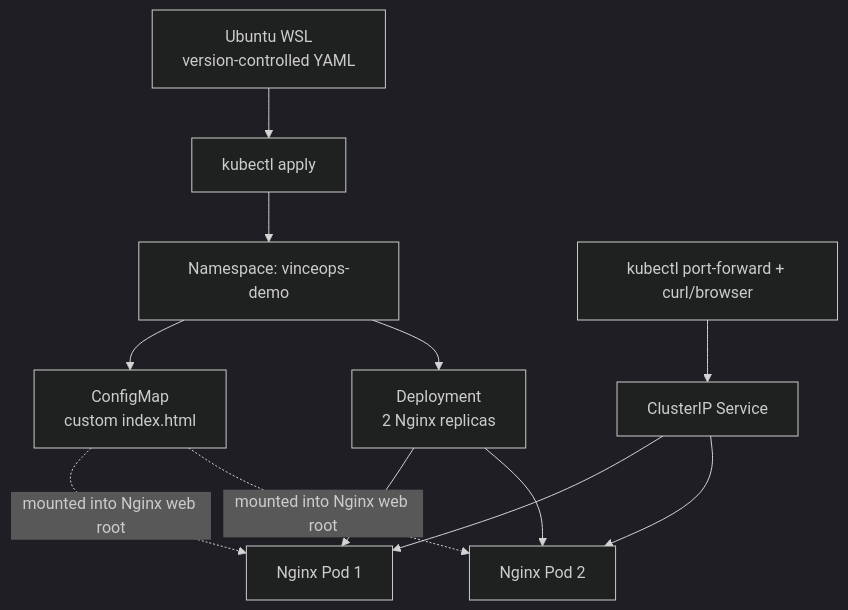
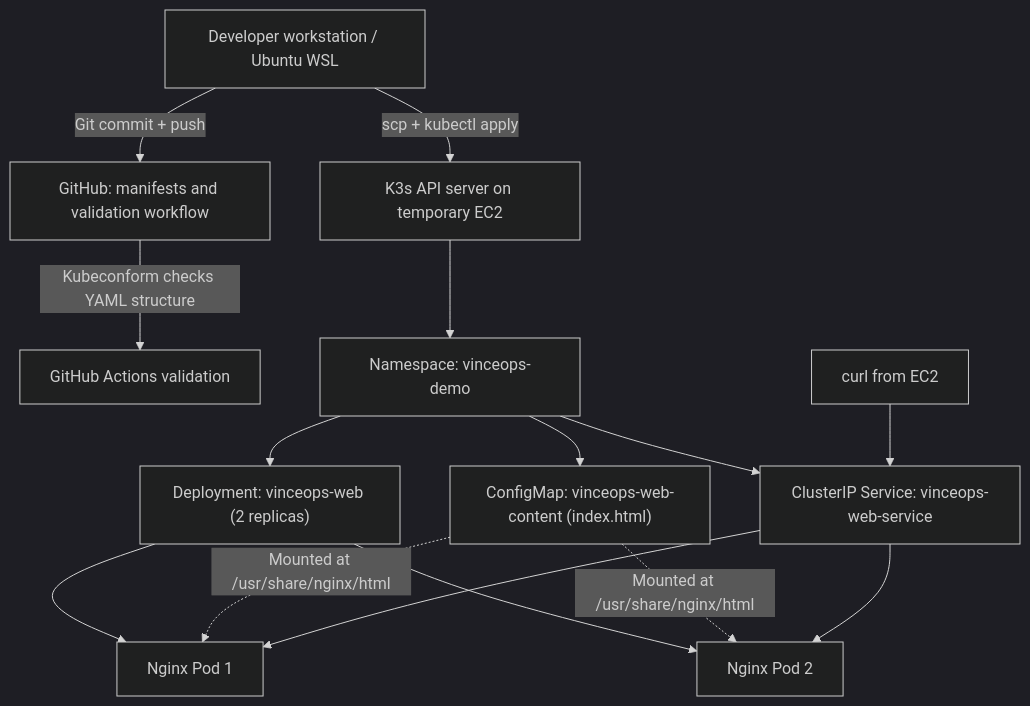
Before and after one commit to ops-vince/-Vinceops-cloud-: the diagram in 05-Kubernetes/project-02-declarative-configuration/README.md, drawn with Mermaid (dark theme). The commit also changed other lines of this file and 6 other files, not shown here.

Commit message:
Document Project 02 ConfigMap updates and rollback with evidence

````diff
--- a/05-Kubernetes/project-02-declarative-configuration/README.md
+++ b/05-Kubernetes/project-02-declarative-configuration/README.md
@@ -27,14 +32,17 @@
 ```mermaid
 flowchart TD
-    A["Ubuntu WSL<br/>version-controlled YAML"] --> B["kubectl apply"]
-    B --> C["Namespace: vinceops-demo"]
-    C --> D["ConfigMap<br/>custom index.html"]
-    C --> E["Deployment<br/>2 Nginx replicas"]
-    E --> F["Nginx Pod 1"]
-    E --> G["Nginx Pod 2"]
-    H["ClusterIP Service"] --> F
-    H --> G
-    D -. "mounted into Nginx web root" .-> F
-    D -. "mounted into Nginx web root" .-> G
-    I["kubectl port-forward + curl/browser"] --> H
+    W["Developer workstation / Ubuntu WSL"] -->|"Git commit + push"| G["GitHub: manifests and validation workflow"]
+    G -->|"Kubeconform checks YAML structure"| C["GitHub Actions validation"]
+    W -->|"scp + kubectl apply"| A["K3s API server on temporary EC2"]
+    A --> N["Namespace: vinceops-demo"]
+    N --> CM["ConfigMap: vinceops-web-content (index.html)"]
+    N --> D["Deployment: vinceops-web (2 replicas)"]
+    D --> P1["Nginx Pod 1"]
+    D --> P2["Nginx Pod 2"]
+    CM -."Mounted at /usr/share/nginx/html".-> P1
+    CM -."Mounted at /usr/share/nginx/html".-> P2
+    N --> S["ClusterIP Service: vinceops-web-service"]
+    S --> P1
+    S --> P2
+    E["curl from EC2"] --> S
 ```
````
